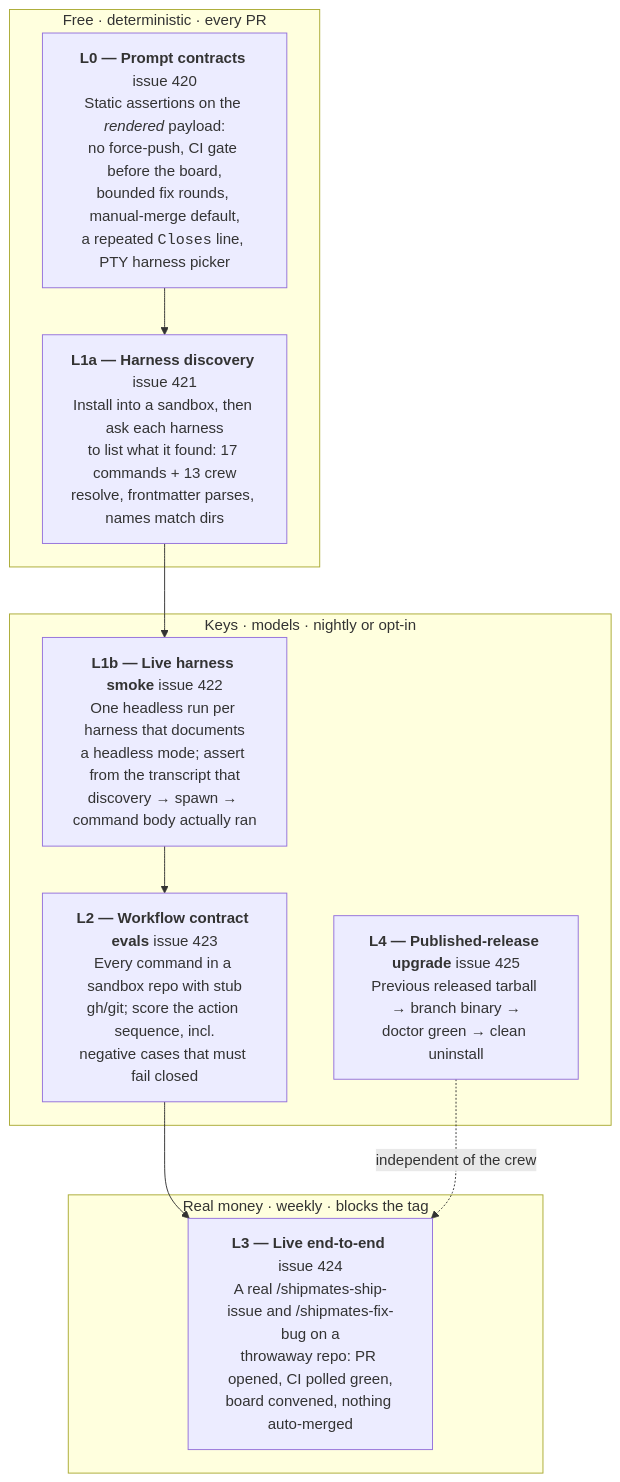
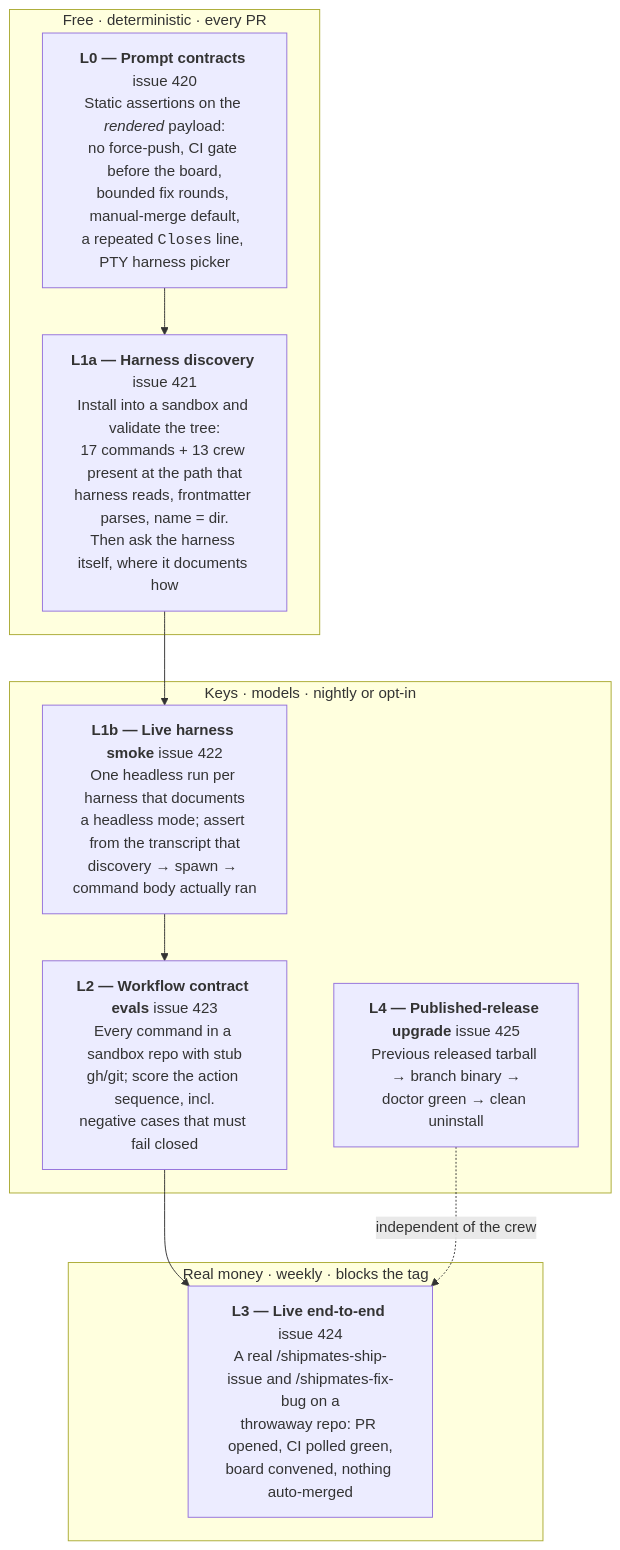
The first of 6 diagrams in docs/EVALS.md (saman-mb/shipmates), drawn with Mermaid before and after one commit. The commit also changed other lines of this file, not shown here.

First line of the commit message:
docs(evals): state per-harness coverage for every target (#419 #542)

````diff
--- a/docs/EVALS.md
+++ b/docs/EVALS.md
@@ -60,18 +60,18 @@
 ```mermaid
 flowchart TB
     subgraph cheap["Free · deterministic · every PR"]
         L0["<b>L0 — Prompt contracts</b> issue 420<br/>Static assertions on the <i>rendered</i> payload:<br/>no force-push, CI gate before the board,<br/>bounded fix rounds, manual-merge default,<br/>a repeated <code>Closes</code> line, PTY harness picker"]
-        L1a["<b>L1a — Harness discovery</b> issue 421<br/>Install into a sandbox, then ask each harness<br/>to list what it found: 17 commands + 13 crew<br/>resolve, frontmatter parses, names match dirs"]
+        L1a["<b>L1a — Harness discovery</b> issue 421<br/>Install into a sandbox and validate the tree:<br/>17 commands + 13 crew present at the path that<br/>harness reads, frontmatter parses, name = dir.<br/>Then ask the harness itself, where it documents how"]
     end
     subgraph nightly["Keys · models · nightly or opt-in"]
         L1b["<b>L1b — Live harness smoke</b> issue 422<br/>One headless run per harness that documents<br/>a headless mode; assert from the transcript that<br/>discovery → spawn → command body actually ran"]
         L2["<b>L2 — Workflow contract evals</b> issue 423<br/>Every command in a sandbox repo with stub<br/>gh/git; score the action sequence, incl.<br/>negative cases that must fail closed"]
         L4["<b>L4 — Published-release upgrade</b> issue 425<br/>Previous released tarball → branch binary →<br/>doctor green → clean uninstall"]
     end
     subgraph gate["Real money · weekly · blocks the tag"]
         L3["<b>L3 — Live end-to-end</b> issue 424<br/>A real /shipmates-ship-issue and /shipmates-fix-bug on a<br/>throwaway repo: PR opened, CI polled green,<br/>board convened, nothing auto-merged"]
     end
 
     L0 --> L1a --> L1b --> L2 --> L3
     L4 -.->|independent of the crew| L3
 ```
````
